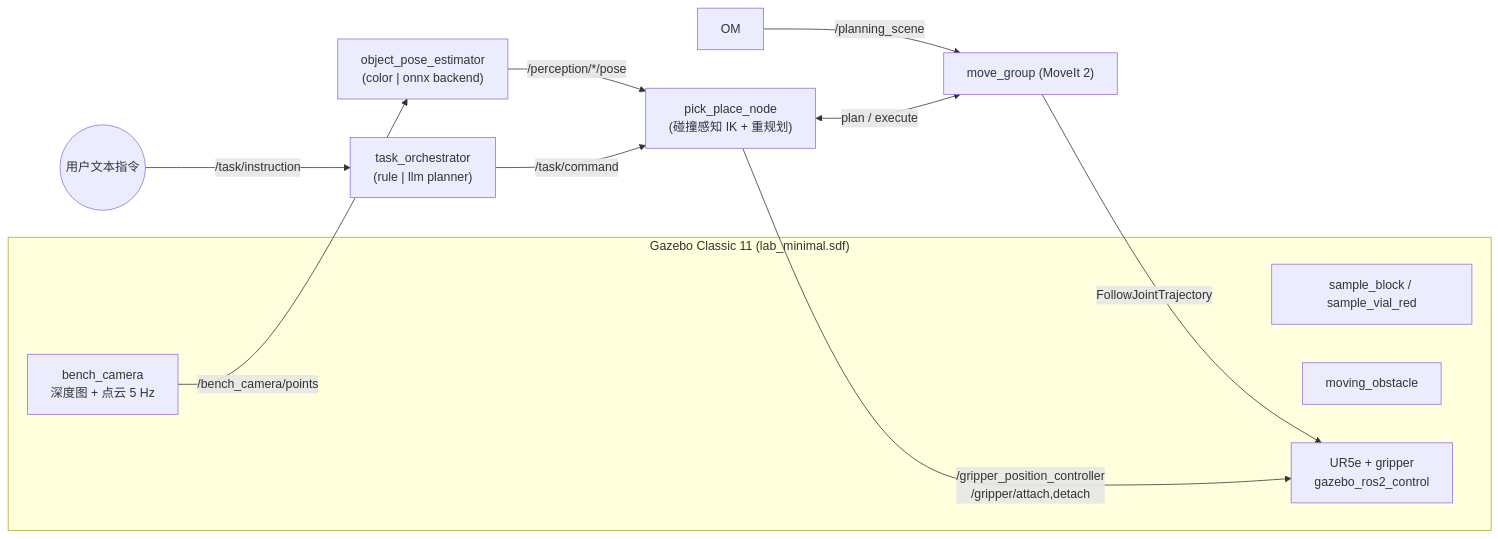
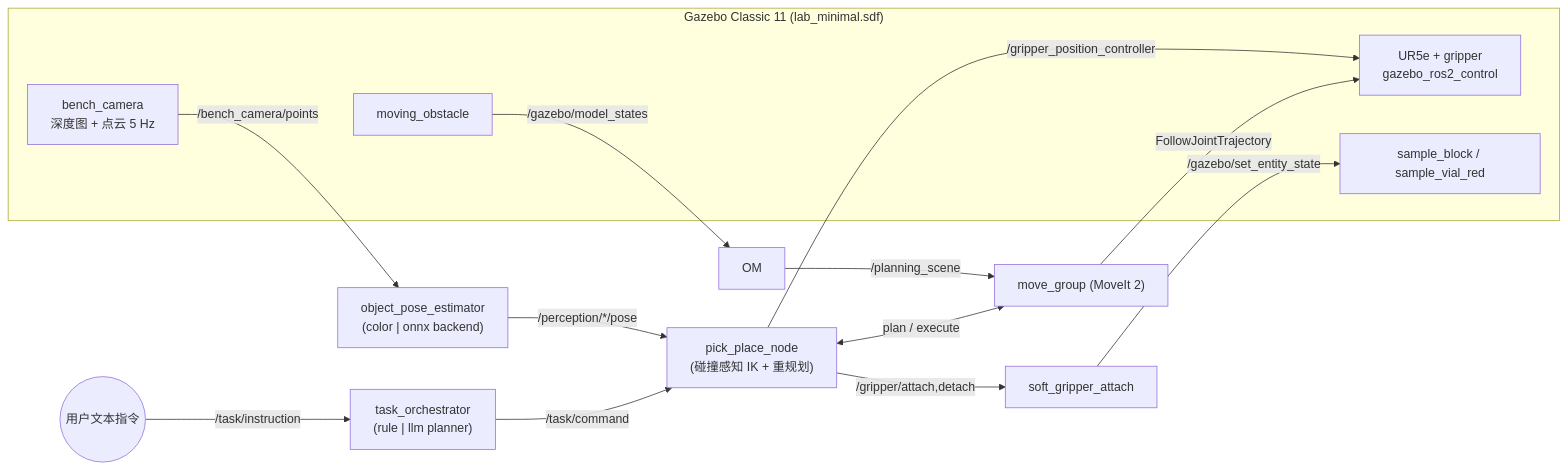
One commit to deepseek-p/robot_lab_demo changed the diagram in README.md. Above: the diagram before and after it, drawn with Mermaid. The commit also changed other lines of this file and 21 other files, not shown here.

````diff
--- a/README.md
+++ b/README.md
@@ -9,17 +9,20 @@
 ```mermaid
 flowchart LR
     subgraph Gazebo["Gazebo Classic 11 (lab_minimal.sdf)"]
         CAM["bench_camera<br/>深度图 + 点云 5 Hz"]
         OBJ["sample_block / sample_vial_red"]
-        OBS["moving_obstacle"]
-        UR["UR5e + gripper<br/>gazebo_ros2_control"]
+    OBS["moving_obstacle"]
+    UR["UR5e + gripper<br/>gazebo_ros2_control"]
     end
     CAM -->|/bench_camera/points| PER["object_pose_estimator<br/>(color | onnx backend)"]
     PER -->|/perception/*/pose| PP["pick_place_node<br/>(碰撞感知 IK + 重规划)"]
+    OBS -->|/gazebo/model_states| OM
     OM -->|/planning_scene| MG["move_group (MoveIt 2)"]
     USER(("用户文本指令")) -->|/task/instruction| ORC["task_orchestrator<br/>(rule | llm planner)"]
     ORC -->|/task/command| PP
     PP <-->|plan / execute| MG
     MG -->|FollowJointTrajectory| UR
-    PP -->|/gripper_position_controller<br/>/gripper/attach,detach| UR
+    PP -->|/gripper_position_controller| UR
+    PP -->|/gripper/attach,detach| SGA["soft_gripper_attach"]
+    SGA -->|/gazebo/set_entity_state| OBJ
 ```
````
